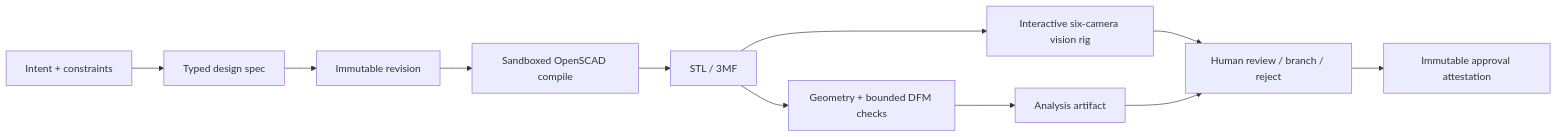
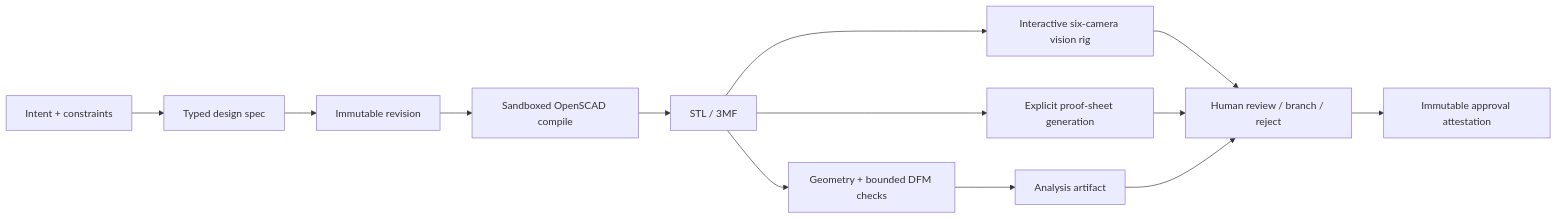
Before and after one commit to diffusioninc/seecad: the second of 3 diagrams in docs/ARCHITECTURE.md, drawn with Mermaid. The commit also changed other lines of this file and 26 other files, not shown here.

````diff
--- a/docs/ARCHITECTURE.md
+++ b/docs/ARCHITECTURE.md
@@ -67,13 +67,15 @@
 ```mermaid
 flowchart LR
     I["Intent + constraints"] --> S["Typed design spec"]
     S --> R["Immutable revision"]
     R --> C["Sandboxed OpenSCAD compile"]
     C --> M["STL / 3MF"]
     M --> V["Interactive six-camera vision rig"]
+    M --> PS["Explicit proof-sheet generation"]
     M --> A["Geometry + bounded DFM checks"]
     A --> E["Analysis artifact"]
     V --> H["Human review / branch / reject"]
+    PS --> H
     E --> H
     H --> P["Immutable approval attestation"]
 ```
````
